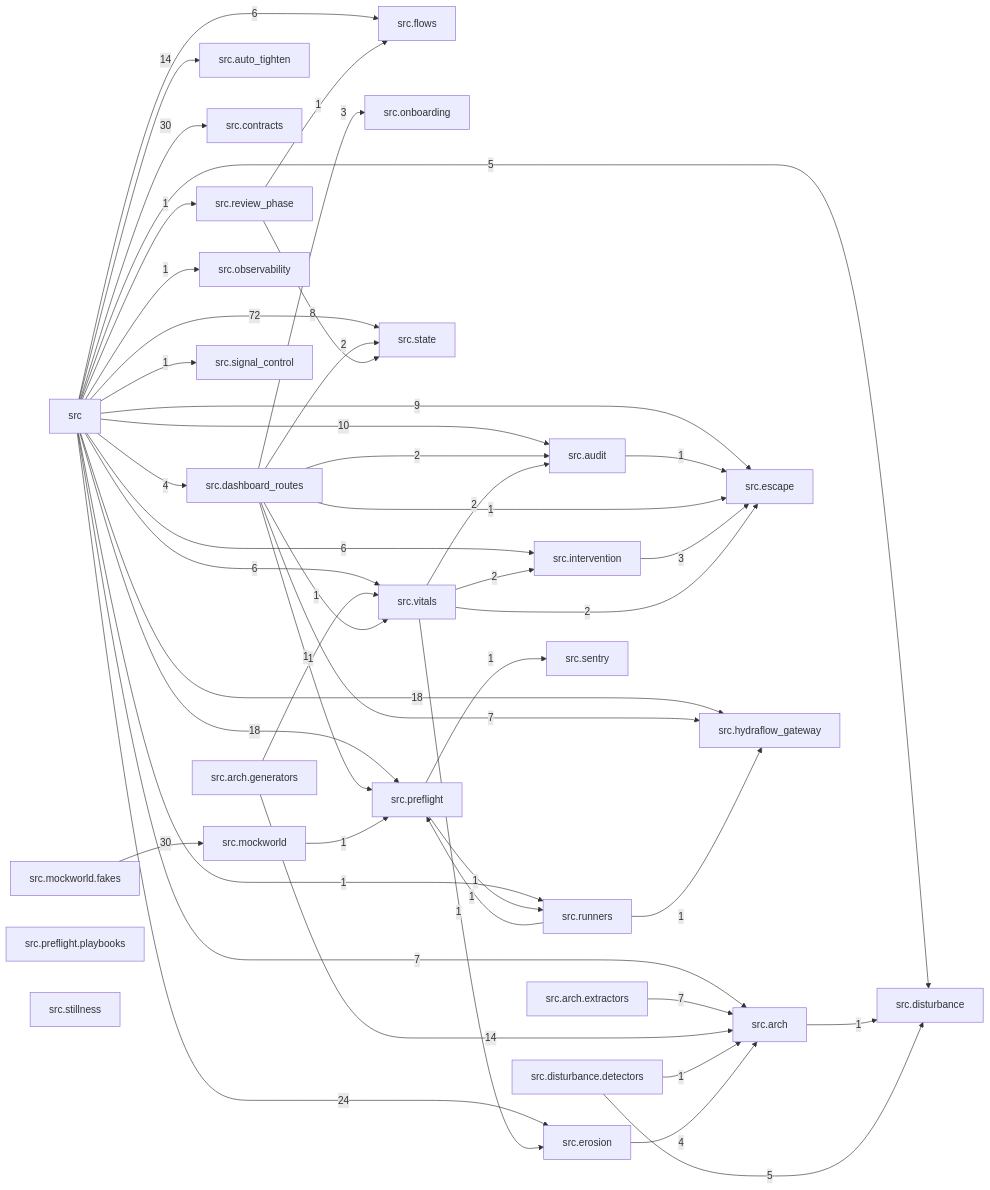
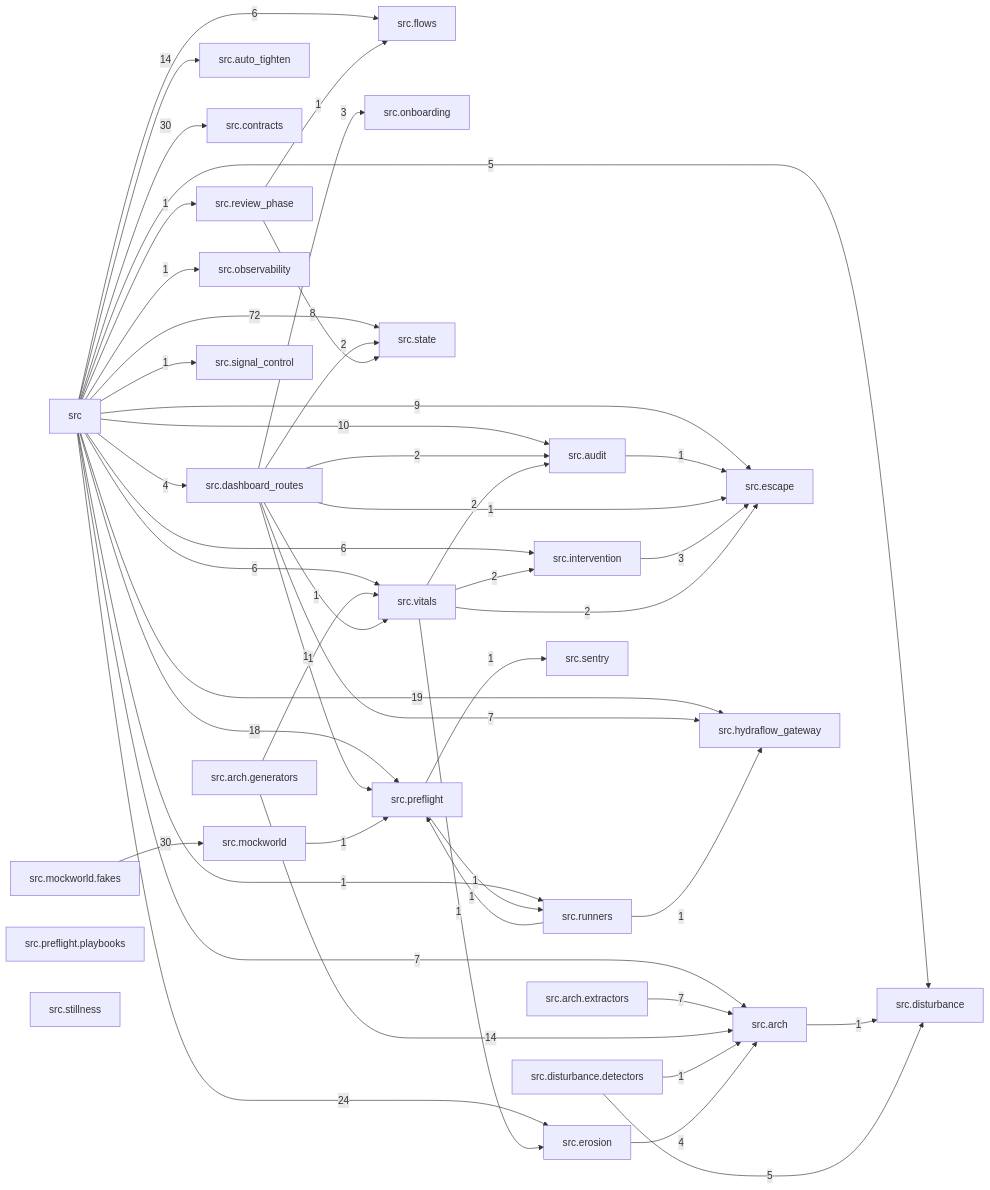
Before and after one commit to T-rav/hydraflow: the diagram in docs/arch/generated/modules.md, drawn with Mermaid. The commit also changed 7 other files, not shown here.

````diff
--- a/docs/arch/generated/modules.md
+++ b/docs/arch/generated/modules.md
@@ -7,77 +7,77 @@
 ```mermaid
 graph LR
     src["src"]
     src_arch["src.arch"]
     src_arch_extractors["src.arch.extractors"]
     src_arch_generators["src.arch.generators"]
     src_audit["src.audit"]
     src_auto_tighten["src.auto_tighten"]
     src_contracts["src.contracts"]
     src_dashboard_routes["src.dashboard_routes"]
     src_disturbance["src.disturbance"]
     src_disturbance_detectors["src.disturbance.detectors"]
     src_erosion["src.erosion"]
     src_escape["src.escape"]
     src_flows["src.flows"]
     src_hydraflow_gateway["src.hydraflow_gateway"]
     src_intervention["src.intervention"]
     src_mockworld["src.mockworld"]
     src_mockworld_fakes["src.mockworld.fakes"]
     src_observability["src.observability"]
     src_onboarding["src.onboarding"]
     src_preflight["src.preflight"]
     src_preflight_playbooks["src.preflight.playbooks"]
     src_review_phase["src.review_phase"]
     src_runners["src.runners"]
     src_sentry["src.sentry"]
     src_signal_control["src.signal_control"]
     src_state["src.state"]
     src_stillness["src.stillness"]
     src_vitals["src.vitals"]
     src -- "7" --> src_arch
     src -- "10" --> src_audit
     src -- "14" --> src_auto_tighten
     src -- "30" --> src_contracts
     src -- "4" --> src_dashboard_routes
     src -- "5" --> src_disturbance
     src -- "24" --> src_erosion
     src -- "9" --> src_escape
     src -- "6" --> src_flows
-    src -- "18" --> src_hydraflow_gateway
+    src -- "19" --> src_hydraflow_gateway
     src -- "6" --> src_intervention
     src -- "1" --> src_observability
     src -- "18" --> src_preflight
     src -- "1" --> src_review_phase
     src -- "1" --> src_runners
     src -- "1" --> src_signal_control
     src -- "72" --> src_state
     src -- "6" --> src_vitals
     src_arch -- "1" --> src_disturbance
     src_arch_extractors -- "7" --> src_arch
     src_arch_generators -- "14" --> src_arch
     src_arch_generators -- "1" --> src_vitals
     src_audit -- "1" --> src_escape
     src_dashboard_routes -- "2" --> src_audit
     src_dashboard_routes -- "1" --> src_escape
     src_dashboard_routes -- "7" --> src_hydraflow_gateway
     src_dashboard_routes -- "3" --> src_onboarding
     src_dashboard_routes -- "1" --> src_preflight
     src_dashboard_routes -- "2" --> src_state
     src_dashboard_routes -- "1" --> src_vitals
     src_disturbance_detectors -- "1" --> src_arch
     src_disturbance_detectors -- "5" --> src_disturbance
     src_erosion -- "4" --> src_arch
     src_intervention -- "3" --> src_escape
     src_mockworld -- "1" --> src_preflight
     src_mockworld_fakes -- "30" --> src_mockworld
     src_preflight -- "1" --> src_runners
     src_preflight -- "1" --> src_sentry
     src_review_phase -- "1" --> src_flows
     src_review_phase -- "8" --> src_state
     src_runners -- "1" --> src_hydraflow_gateway
     src_runners -- "1" --> src_preflight
     src_vitals -- "2" --> src_audit
     src_vitals -- "1" --> src_erosion
     src_vitals -- "2" --> src_escape
     src_vitals -- "2" --> src_intervention
 ```
````
